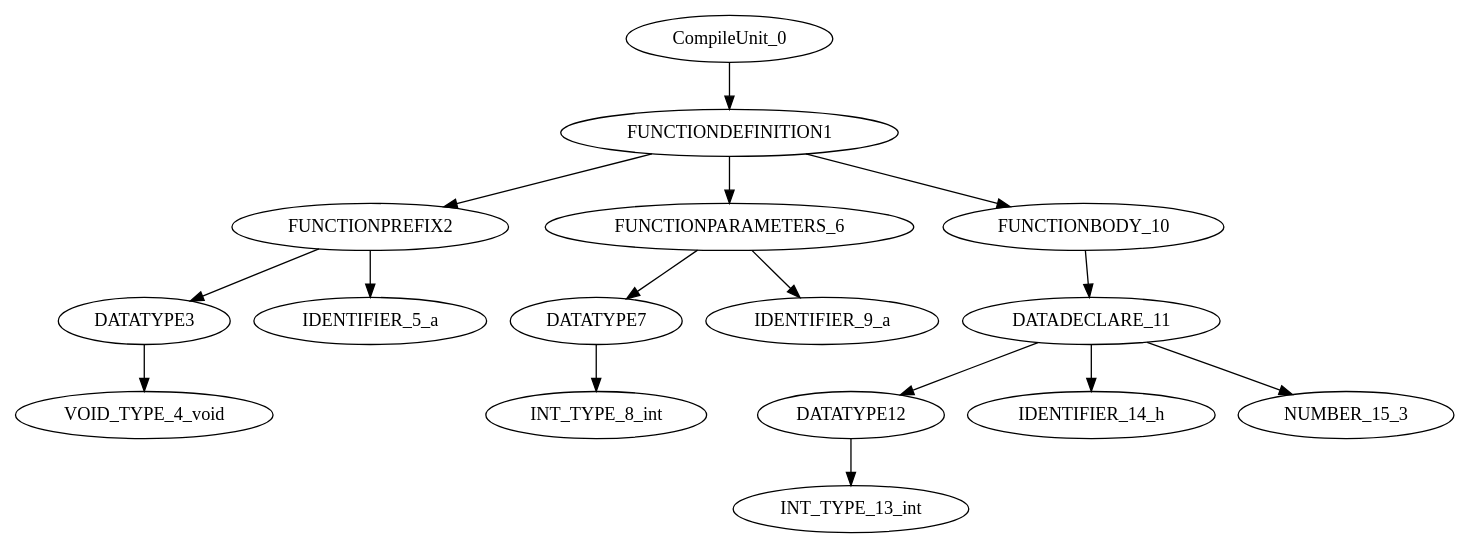
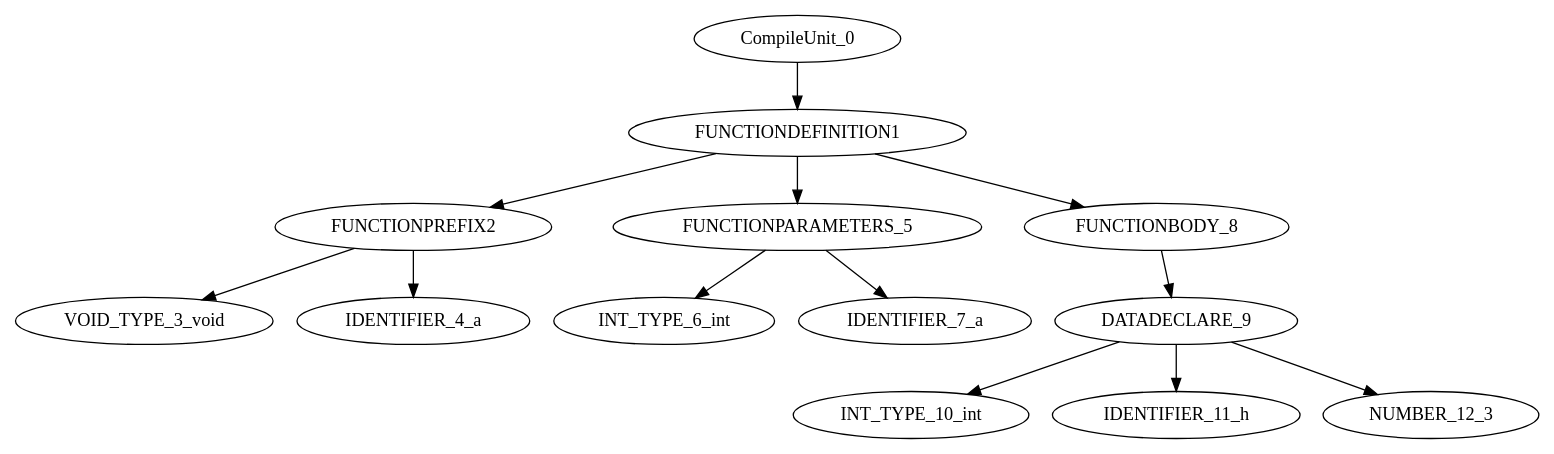
Before and after one commit to vasilismoulas/Compiler-C2ASM: the diagram in C2ASM/TestBench/SyntaxTree.dot, drawn with Graphviz. The commit also changed 30 other files, not shown here.

```diff
--- a/C2ASM/TestBench/SyntaxTree.dot
+++ b/C2ASM/TestBench/SyntaxTree.dot
@@ -1,17 +1,14 @@
 digraph G{
 "CompileUnit_0"->"FUNCTIONDEFINITION1";
 "FUNCTIONDEFINITION1"->"FUNCTIONPREFIX2";
-"FUNCTIONPREFIX2"->"DATATYPE3";
-"DATATYPE3"->"VOID_TYPE_4_void";
-"FUNCTIONPREFIX2"->"IDENTIFIER_5_a";
-"FUNCTIONDEFINITION1"->"FUNCTIONPARAMETERS_6";
-"FUNCTIONPARAMETERS_6"->"DATATYPE7";
-"DATATYPE7"->"INT_TYPE_8_int";
-"FUNCTIONPARAMETERS_6"->"IDENTIFIER_9_a";
-"FUNCTIONDEFINITION1"->"FUNCTIONBODY_10";
-"FUNCTIONBODY_10"->"DATADECLARE_11";
-"DATADECLARE_11"->"DATATYPE12";
-"DATATYPE12"->"INT_TYPE_13_int";
-"DATADECLARE_11"->"IDENTIFIER_14_h";
-"DATADECLARE_11"->"NUMBER_15_3";
+"FUNCTIONPREFIX2"->"VOID_TYPE_3_void";
+"FUNCTIONPREFIX2"->"IDENTIFIER_4_a";
+"FUNCTIONDEFINITION1"->"FUNCTIONPARAMETERS_5";
+"FUNCTIONPARAMETERS_5"->"INT_TYPE_6_int";
+"FUNCTIONPARAMETERS_5"->"IDENTIFIER_7_a";
+"FUNCTIONDEFINITION1"->"FUNCTIONBODY_8";
+"FUNCTIONBODY_8"->"DATADECLARE_9";
+"DATADECLARE_9"->"INT_TYPE_10_int";
+"DATADECLARE_9"->"IDENTIFIER_11_h";
+"DATADECLARE_9"->"NUMBER_12_3";
 }
```
